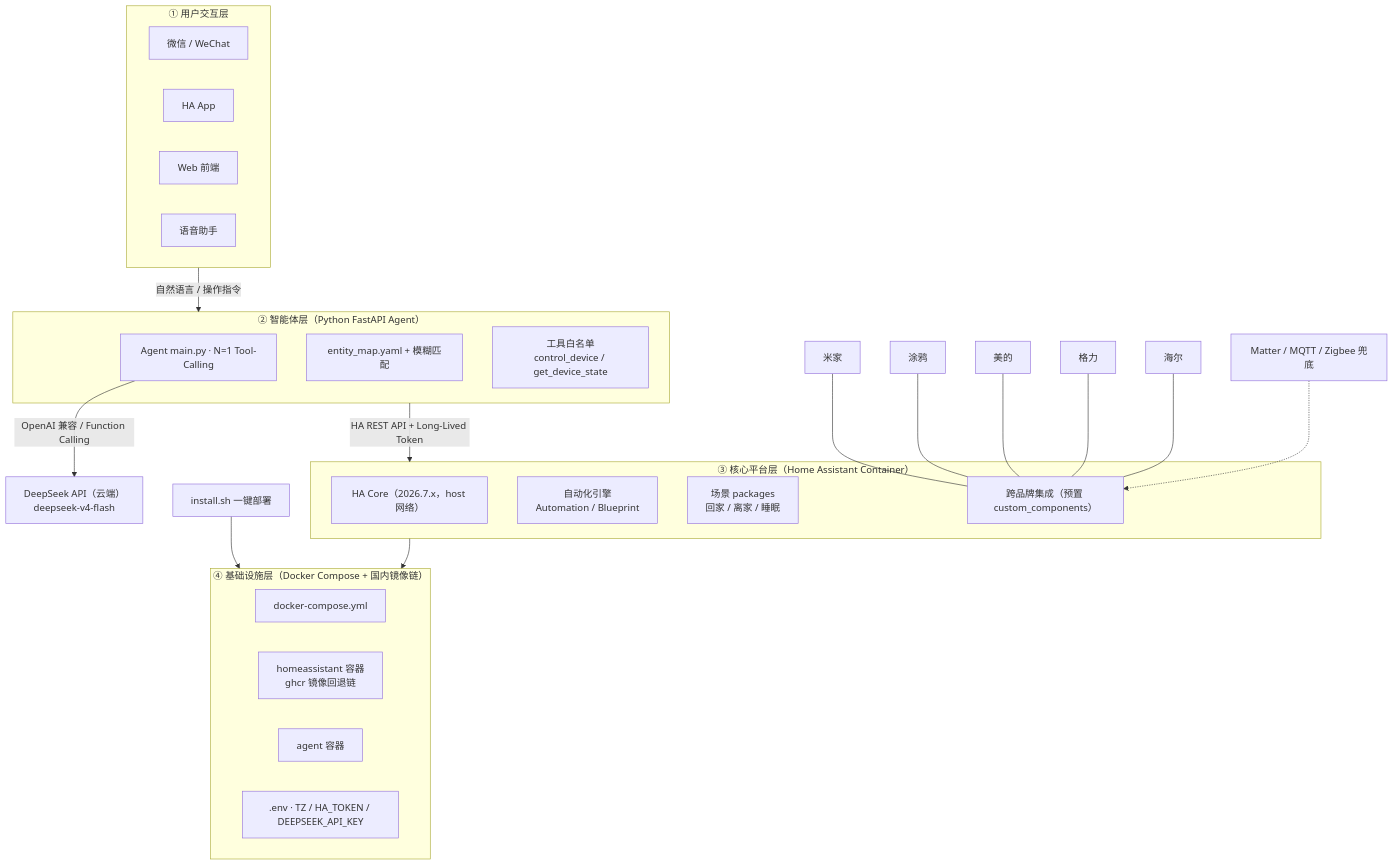
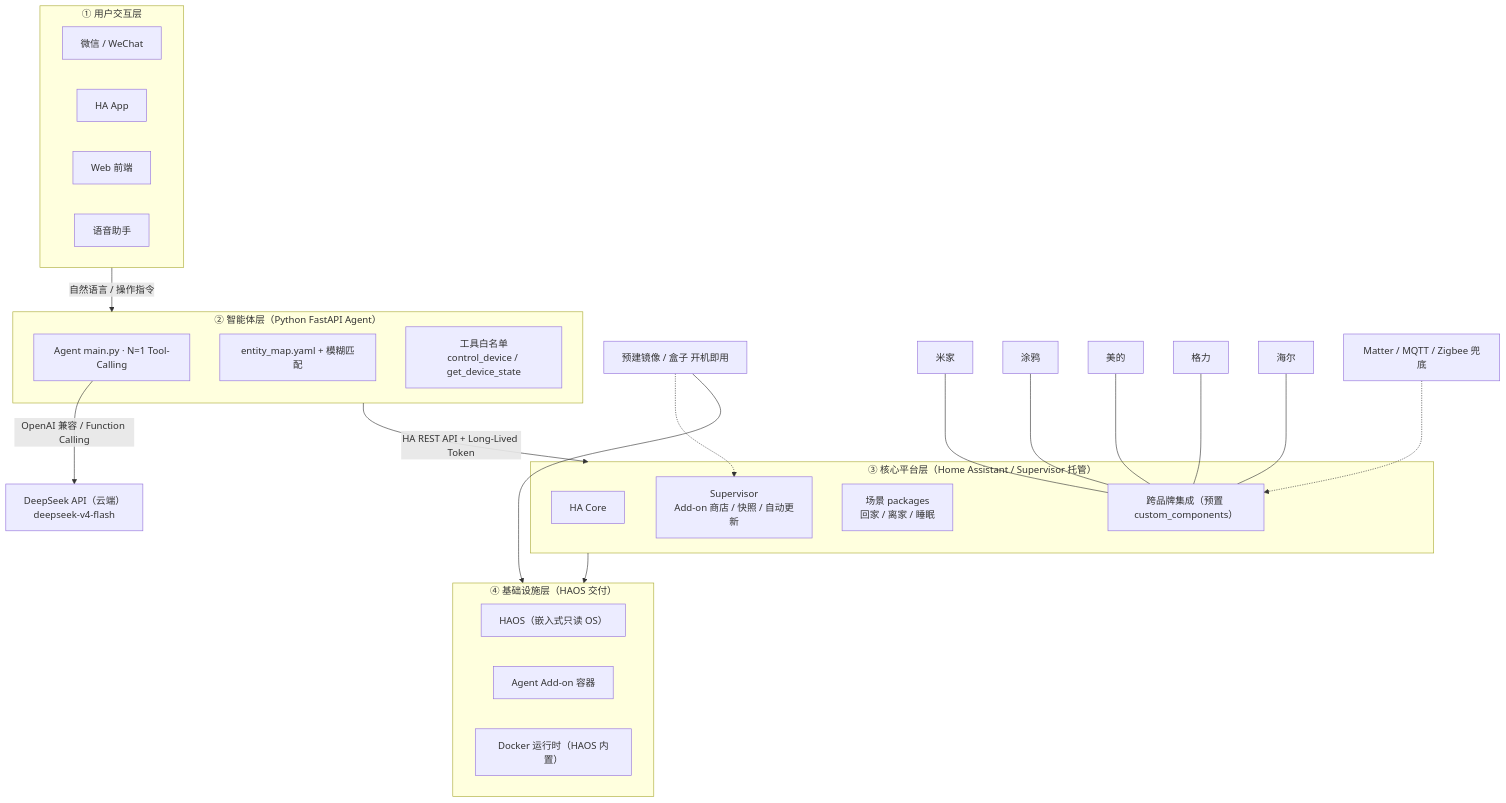
Before and after one commit to Treasoni/Study-Notes: the first of 2 diagrams in homeassistant/ai-smart-home-system/系统架构图.md, drawn with Mermaid. The commit also changed other lines of this file and 1 other file, not shown here.

Commit message:
vault backup: 2026-08-06 00:30:14

````diff
--- a/homeassistant/ai-smart-home-system/系统架构图.md
+++ b/homeassistant/ai-smart-home-system/系统架构图.md
@@ -20,40 +20,40 @@
 ```mermaid
 flowchart TD
     subgraph L1["① 用户交互层"]
         WE["微信 / WeChat"]
         APP["HA App"]
         WEB["Web 前端"]
         VOICE["语音助手"]
     end
 
     subgraph L2["② 智能体层（Python FastAPI Agent）"]
         AGENT["Agent main.py · N=1 Tool-Calling"]
         ENTITY["entity_map.yaml + 模糊匹配"]
         TOOLS["工具白名单<br/>control_device / get_device_state"]
     end
 
-    subgraph L3["③ 核心平台层（Home Assistant Container）"]
-        HA["HA Core（2026.7.x，host 网络）"]
-        AUTO["自动化引擎<br/>Automation / Blueprint"]
+    subgraph L3["③ 核心平台层（Home Assistant / Supervisor 托管）"]
+        HA["HA Core"]
+        SUP["Supervisor<br/>Add-on 商店 / 快照 / 自动更新"]
         SCENE["场景 packages<br/>回家 / 离家 / 睡眠"]
         BRAND["跨品牌集成（预置 custom_components）"]
     end
 
-    subgraph L4["④ 基础设施层（Docker Compose + 国内镜像链）"]
-        DC["docker-compose.yml"]
-        HAC["homeassistant 容器<br/>ghcr 镜像回退链"]
-        AGC["agent 容器"]
-        ENV[".env · TZ / HA_TOKEN / DEEPSEEK_API_KEY"]
+    subgraph L4["④ 基础设施层（HAOS 交付）"]
+        HOS["HAOS（嵌入式只读 OS）"]
+        AGC["Agent Add-on 容器"]
+        DC["Docker 运行时（HAOS 内置）"]
     end
 
-    INSTALL["install.sh 一键部署"] --> L4
+    INSTALL["预建镜像 / 盒子 开机即用"] --> L4
+    INSTALL -.-> SUP
     DS["DeepSeek API（云端）<br/>deepseek-v4-flash"]
 
     L1 -->|"自然语言 / 操作指令"| L2
     L2 -->|"HA REST API + Long-Lived Token"| L3
     L3 --> L4
     AGENT -->|"OpenAI 兼容 / Function Calling"| DS
 
     MI["米家"] & TU["涂鸦"] & MD["美的"] & GL["格力"] & HE["海尔"] --- BRAND
     MATTER["Matter / MQTT / Zigbee 兜底"] -.-> BRAND
 ```
````
